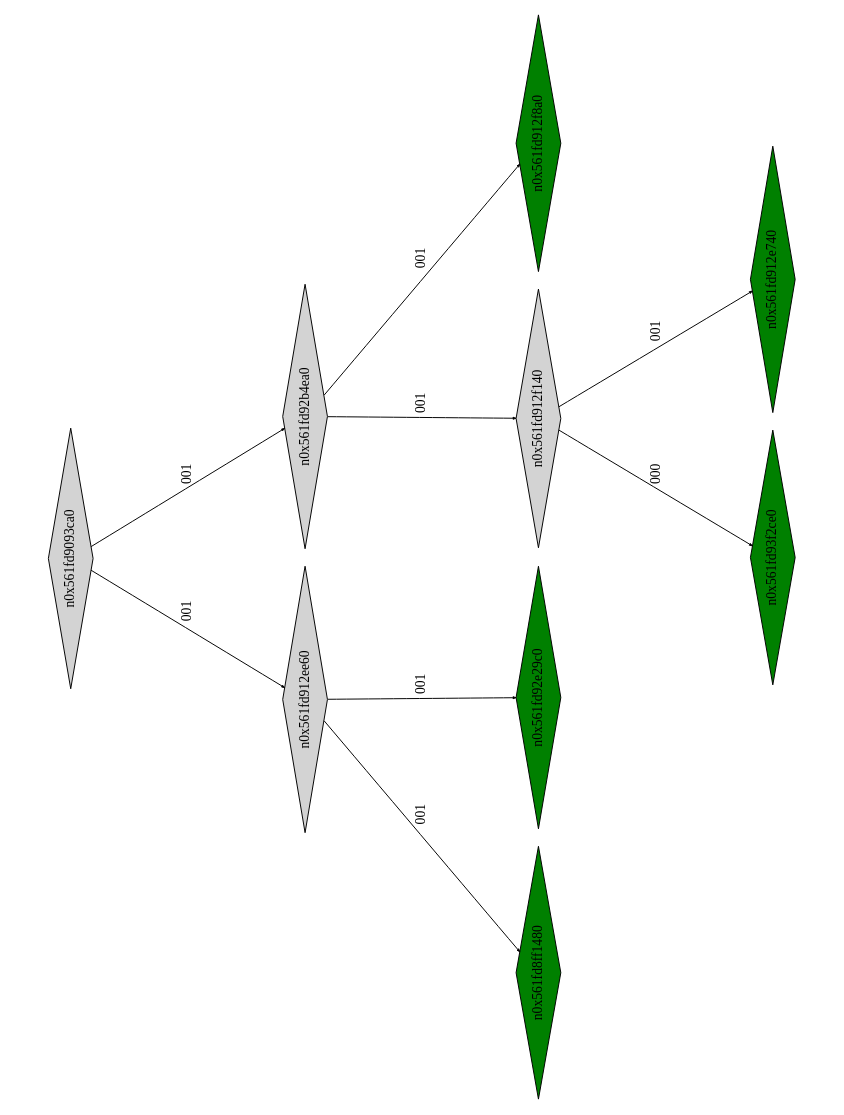
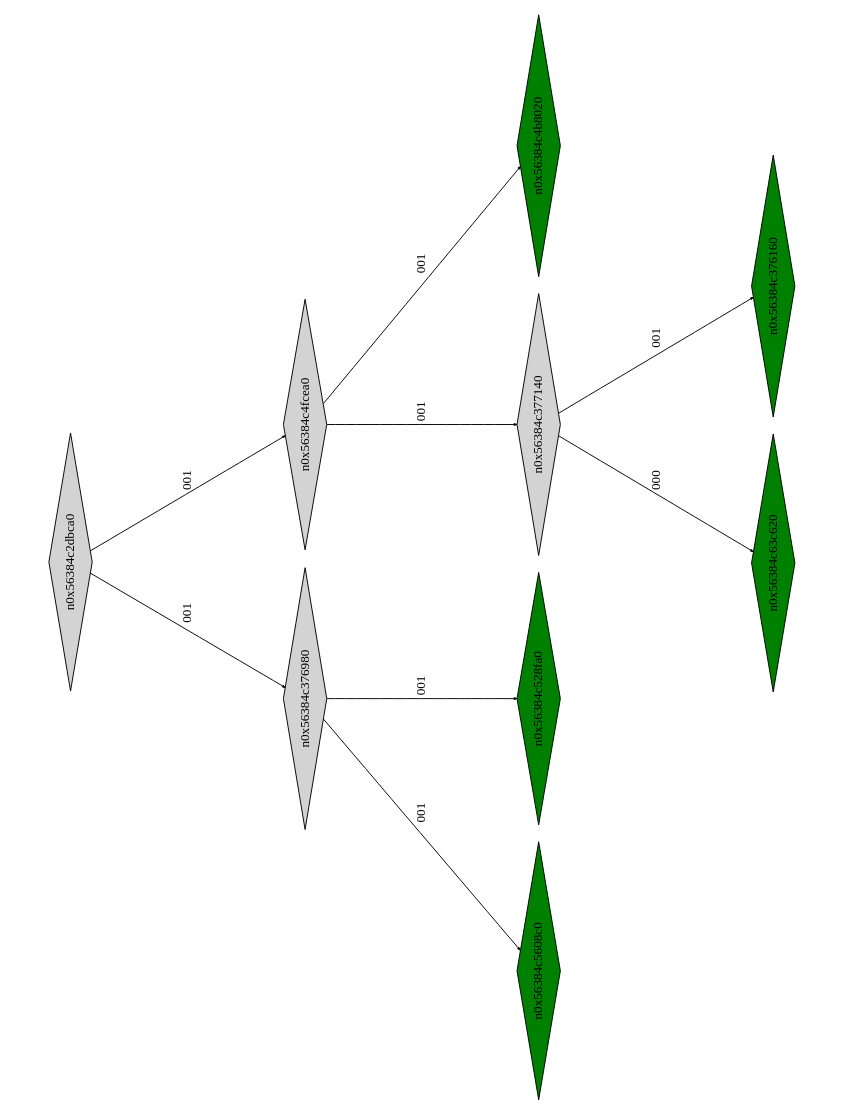
Before and after one commit to Research-Tools-PAVT/PSE-Program-Examples: the diagram in montyhall_klee_out/ptree_00001040.dot, drawn with Graphviz. The commit also changed 101 other files, not shown here.

```diff
--- a/montyhall_klee_out/ptree_00001040.dot
+++ b/montyhall_klee_out/ptree_00001040.dot
@@ -1,25 +1,25 @@
 digraph G {
 	size="10,7.5";
 	ratio=fill;
 	rotate=90;
 	center = "true";
 	node [style="filled",width=.1,height=.1,fontname="Terminus"]
 	edge [arrowsize=.3]
-	n0x561fd9093ca0 [shape=diamond];
-	n0x561fd9093ca0 -> n0x561fd912ee60 [label=001];
-	n0x561fd9093ca0 -> n0x561fd92b4ea0 [label=001];
-	n0x561fd92b4ea0 [shape=diamond];
-	n0x561fd92b4ea0 -> n0x561fd912f140 [label=001];
-	n0x561fd92b4ea0 -> n0x561fd912f8a0 [label=001];
-	n0x561fd912f8a0 [shape=diamond,fillcolor=green];
-	n0x561fd912f140 [shape=diamond];
-	n0x561fd912f140 -> n0x561fd93f2ce0 [label=000];
-	n0x561fd912f140 -> n0x561fd912e740 [label=001];
-	n0x561fd912e740 [shape=diamond,fillcolor=green];
-	n0x561fd93f2ce0 [shape=diamond,fillcolor=green];
-	n0x561fd912ee60 [shape=diamond];
-	n0x561fd912ee60 -> n0x561fd8ff1480 [label=001];
-	n0x561fd912ee60 -> n0x561fd92e29c0 [label=001];
-	n0x561fd92e29c0 [shape=diamond,fillcolor=green];
-	n0x561fd8ff1480 [shape=diamond,fillcolor=green];
+	n0x56384c2dbca0 [shape=diamond];
+	n0x56384c2dbca0 -> n0x56384c376980 [label=001];
+	n0x56384c2dbca0 -> n0x56384c4fcea0 [label=001];
+	n0x56384c4fcea0 [shape=diamond];
+	n0x56384c4fcea0 -> n0x56384c377140 [label=001];
+	n0x56384c4fcea0 -> n0x56384c4b8020 [label=001];
+	n0x56384c4b8020 [shape=diamond,fillcolor=green];
+	n0x56384c377140 [shape=diamond];
+	n0x56384c377140 -> n0x56384c63c620 [label=000];
+	n0x56384c377140 -> n0x56384c376160 [label=001];
+	n0x56384c376160 [shape=diamond,fillcolor=green];
+	n0x56384c63c620 [shape=diamond,fillcolor=green];
+	n0x56384c376980 [shape=diamond];
+	n0x56384c376980 -> n0x56384c5608c0 [label=001];
+	n0x56384c376980 -> n0x56384c528fa0 [label=001];
+	n0x56384c528fa0 [shape=diamond,fillcolor=green];
+	n0x56384c5608c0 [shape=diamond,fillcolor=green];
 }
```
